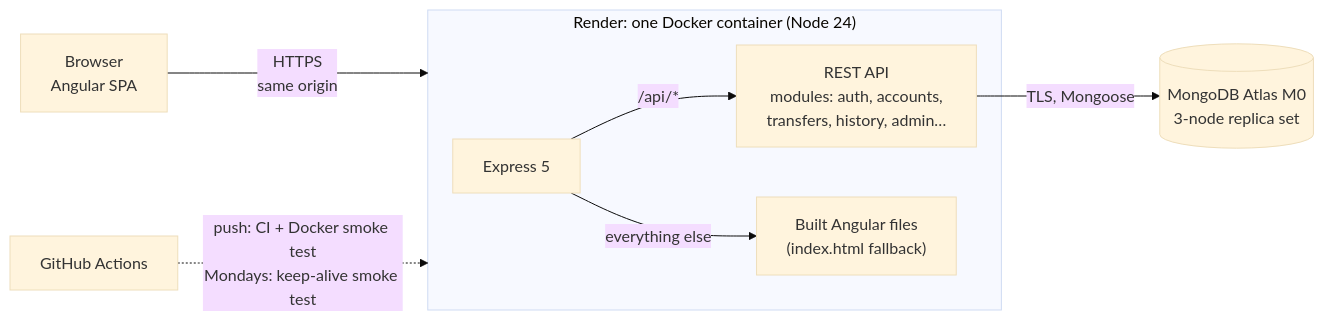
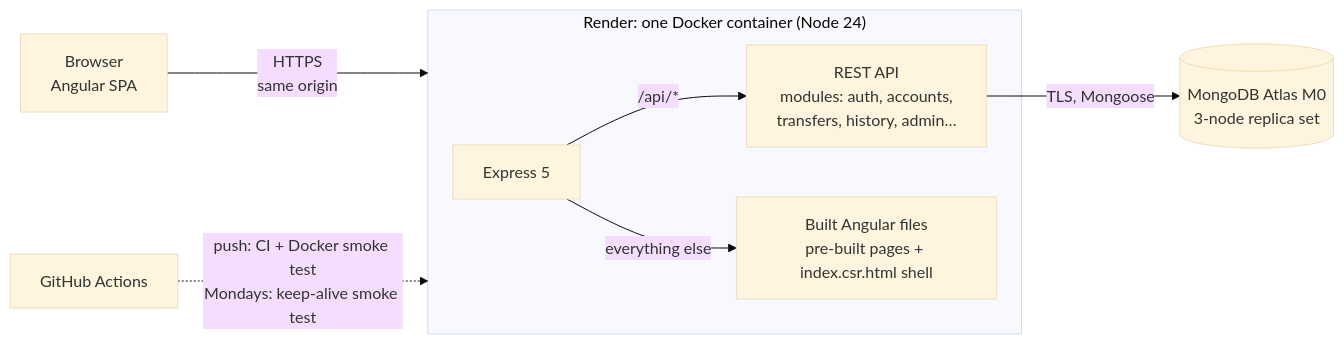
The first of 6 diagrams in docs/architecture.md (sisirbehera/neobank), drawn with Mermaid (base theme) before and after one commit. The commit also changed other lines of this file and 24 other files, not shown here.

First line of the commit message:
Day 9: pre-render public pages, hydrate them, keep signed-in pages in the browser

````diff
--- a/docs/architecture.md
+++ b/docs/architecture.md
@@ -7,11 +7,11 @@
 ```mermaid
 flowchart LR
   B["Browser<br/>Angular SPA"] -- "HTTPS<br/>same origin" --> R
   subgraph R["Render: one Docker container (Node 24)"]
     E["Express 5"]
     E -- "/api/*" --> API["REST API<br/>modules: auth, accounts,<br/>transfers, history, admin…"]
-    E -- "everything else" --> S["Built Angular files<br/>(index.html fallback)"]
+    E -- "everything else" --> S["Built Angular files<br/>pre-built pages + index.csr.html shell"]
   end
   API -- "TLS, Mongoose" --> M[("MongoDB Atlas M0<br/>3-node replica set")]
   GH["GitHub Actions"] -. "push: CI + Docker smoke test<br/>Mondays: keep-alive smoke test" .-> R
 ```
````
